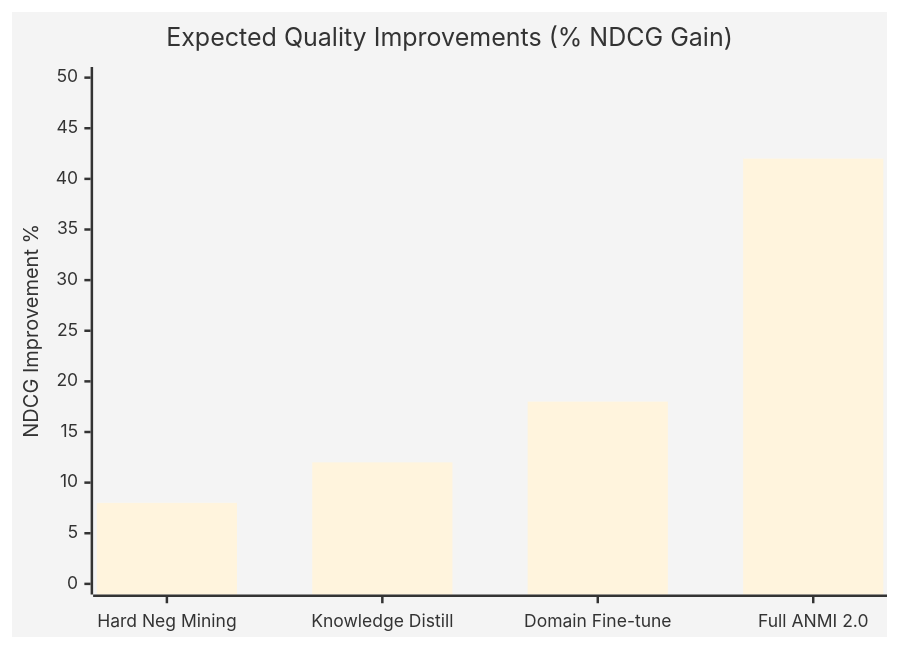
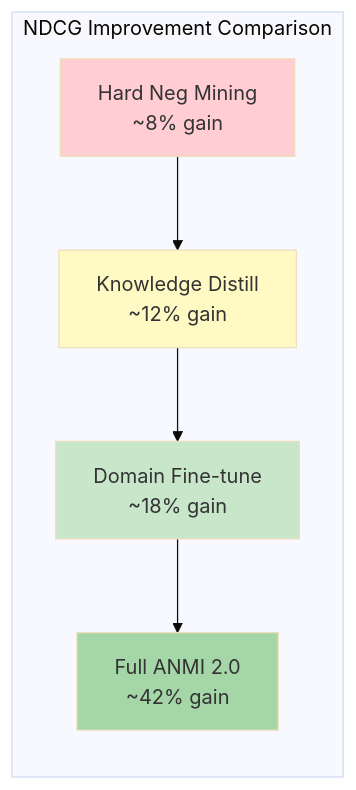
Diagram 28 of 29 in ANMI_comparision.md (Pendu/Advanced-Retreival-and-Re-ranking), drawn with Mermaid (base theme) before and after one commit. The commit also changed other lines of this file, not shown here.

Commit message:
Fixed the flow diagrams in the comparision file.

````diff
--- a/ANMI_comparision.md
+++ b/ANMI_comparision.md
@@ -1120,7 +1128,14 @@
 ```mermaid
-xychart-beta
-    title "Expected Quality Improvements (% NDCG Gain)"
-    x-axis ["Hard Neg Mining", "Knowledge Distill", "Domain Fine-tune", "Full ANMI 2.0"]
-    y-axis "NDCG Improvement %" 0 --> 50
-    bar [8, 12, 18, 42]
+flowchart LR
+    subgraph "NDCG Improvement Comparison"
+        direction TB
+        A[Hard Neg Mining<br/>~8% gain] --> B[Knowledge Distill<br/>~12% gain]
+        B --> C[Domain Fine-tune<br/>~18% gain]
+        C --> D[Full ANMI 2.0<br/>~42% gain]
+    end
+    
+    style A fill:#ffcdd2
+    style B fill:#fff9c4
+    style C fill:#c8e6c9
+    style D fill:#a5d6a7
 ```
````
